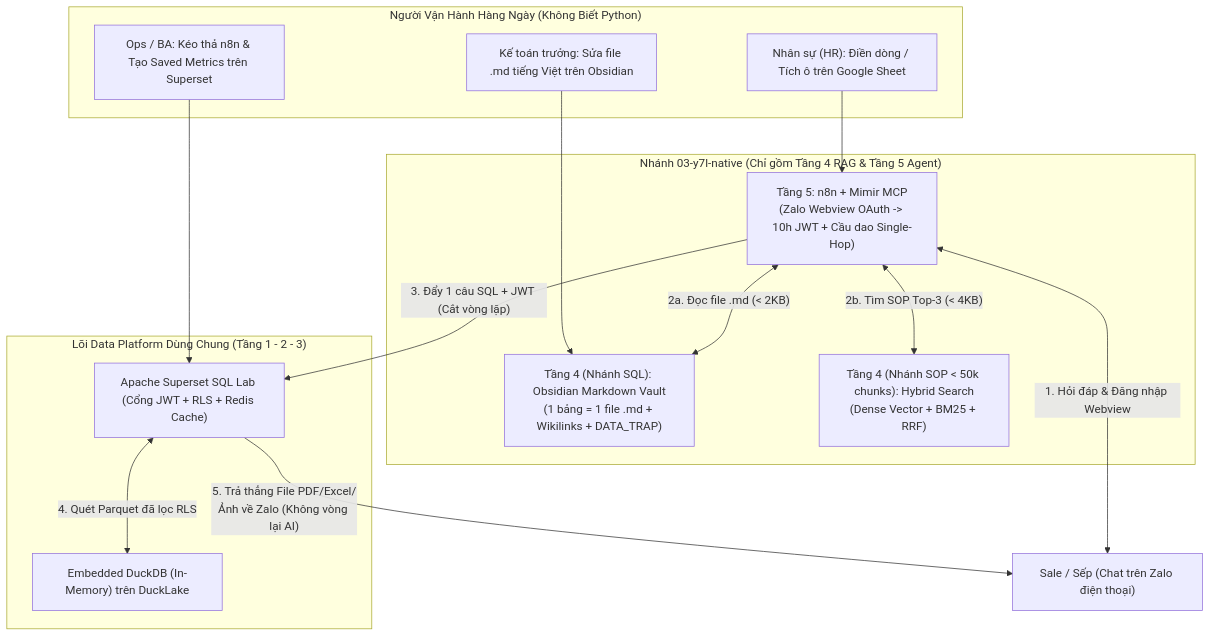
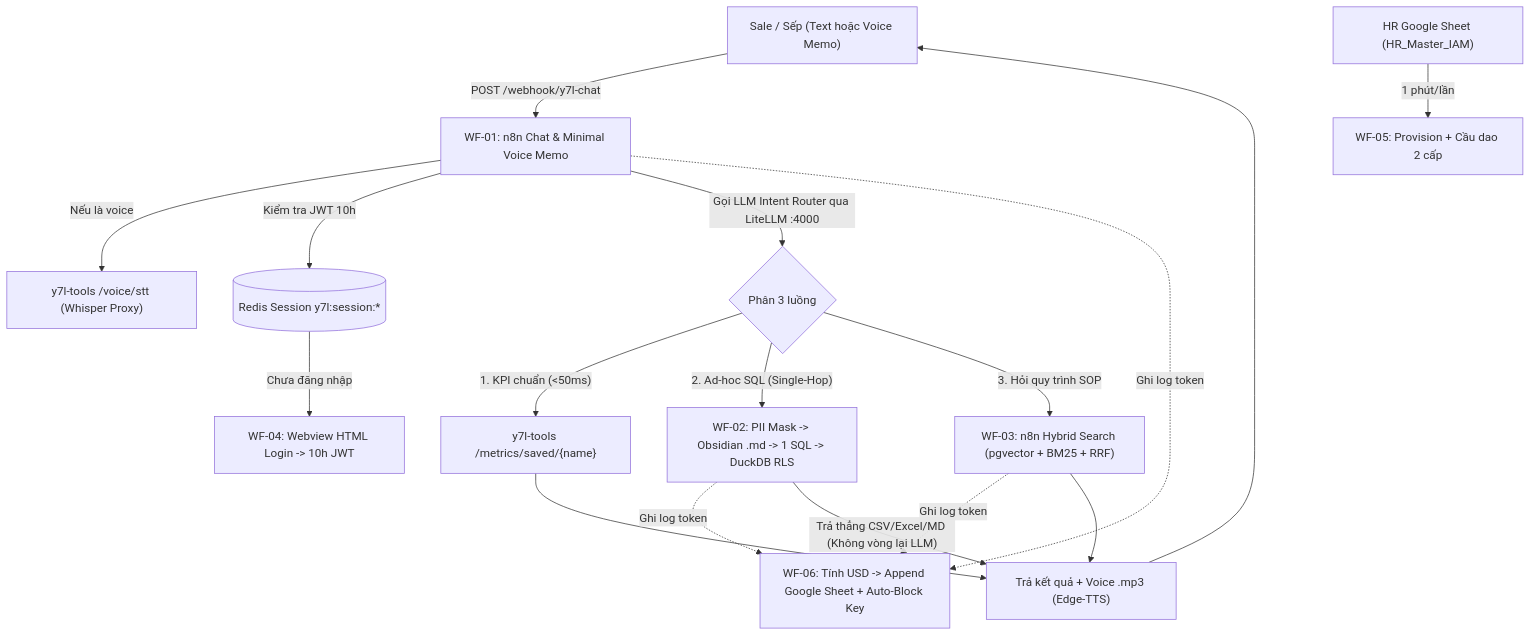
One commit to next0258456/Yggdrasil changed the diagram in deploy/ai-platform/03-y7l-native/README.md. Above: the diagram before and after it, drawn with Mermaid. The commit also changed other lines of this file and 45 other files, not shown here.

Commit message:
feat(y7l-native): implement n8n-centric 03-y7l-native AI platform, ops handbook and FCT billing guide

````diff
--- a/deploy/ai-platform/03-y7l-native/README.md
+++ b/deploy/ai-platform/03-y7l-native/README.md
@@ -19,32 +22,22 @@
 ```mermaid
 flowchart TD
-    subgraph Ops ["Người Vận Hành Hàng Ngày (Không Biết Python)"]
-        Acc["Kế toán trưởng: Sửa file .md tiếng Việt trên Obsidian"]
-        HR["Nhân sự (HR): Điền dòng / Tích ô trên Google Sheet"]
-        BA["Ops / BA: Kéo thả n8n & Tạo Saved Metrics trên Superset"]
-    end
+    User["Sale / Sếp (Text hoặc Voice Memo)"] -->|"POST /webhook/y7l-chat"| WF01["WF-01: n8n Chat & Minimal Voice Memo"]
+    WF01 -->|"Nếu là voice"| STT["y7l-tools /voice/stt (Whisper Proxy)"]
+    WF01 -->|"Kiểm tra JWT 10h"| Redis[("Redis Session y7l:session:*")]
+    Redis -->|"Chưa đăng nhập"| WF04["WF-04: Webview HTML Login -> 10h JWT"]
+    WF01 -->|"Gọi LLM Intent Router qua LiteLLM :4000"| Router{"Phân 3 luồng"}
 
-    subgraph Y7L_AI ["Nhánh 03-y7l-native (Chỉ gồm Tầng 4 RAG & Tầng 5 Agent)"]
-        L4_SQL["Tầng 4 (Nhánh SQL): Obsidian Markdown Vault<br/>(1 bảng = 1 file .md + Wikilinks + DATA_TRAP)"]
-        L4_SOP["Tầng 4 (Nhánh SOP < 50k chunks): Hybrid Search<br/>(Dense Vector + BM25 + RRF)"]
-        L5["Tầng 5: n8n + Mimir MCP<br/>(Zalo Webview OAuth -> 10h JWT + Cầu dao Single-Hop)"]
-    end
+    Router -->|"1. KPI chuẩn (<50ms)"| Metrics["y7l-tools /metrics/saved/{name}"]
+    Router -->|"2. Ad-hoc SQL (Single-Hop)"| WF02["WF-02: PII Mask -> Obsidian .md -> 1 SQL -> DuckDB RLS"]
+    Router -->|"3. Hỏi quy trình SOP"| WF03["WF-03: n8n Hybrid Search (pgvector + BM25 + RRF)"]
 
-    subgraph SharedData ["Lõi Data Platform Dùng Chung (Tầng 1 - 2 - 3)"]
-        Superset["Apache Superset SQL Lab (Cổng JWT + RLS + Redis Cache)"]
-        DuckDB["Embedded DuckDB (In-Memory) trên DuckLake"]
-    end
+    WF01 -.->|"Ghi log token"| WF06["WF-06: Tính USD -> Append Google Sheet + Auto-Block Key"]
+    WF02 -.->|"Ghi log token"| WF06
+    WF03 -.->|"Ghi log token"| WF06
+    HR["HR Google Sheet (HR_Master_IAM)"] -->|"1 phút/lần"| WF05["WF-05: Provision + Cầu dao 2 cấp"]
 
-    User["Sale / Sếp (Chat trên Zalo điện thoại)"]
-
-    Acc --> L4_SQL
-    HR --> L5
-    BA --> Superset
-
-    User <-->|"1. Hỏi đáp & Đăng nhập Webview"| L5
-    L5 <-->|"2a. Đọc file .md (< 2KB)"| L4_SQL
-    L5 <-->|"2b. Tìm SOP Top-3 (< 4KB)"| L4_SOP
-    L5 -->|"3. Đẩy 1 câu SQL + JWT (Cắt vòng lặp)"| Superset
-    Superset <-->|"4. Quét Parquet đã lọc RLS"| DuckDB
-    Superset -->|"5. Trả thẳng File PDF/Excel/Ảnh về Zalo (Không vòng lại AI)"| User
+    WF02 -->|"Trả thẳng CSV/Excel/MD (Không vòng lại LLM)"| Out["Trả kết quả + Voice .mp3 (Edge-TTS)"]
+    Metrics --> Out
+    WF03 --> Out
+    Out --> User
 ```
````
